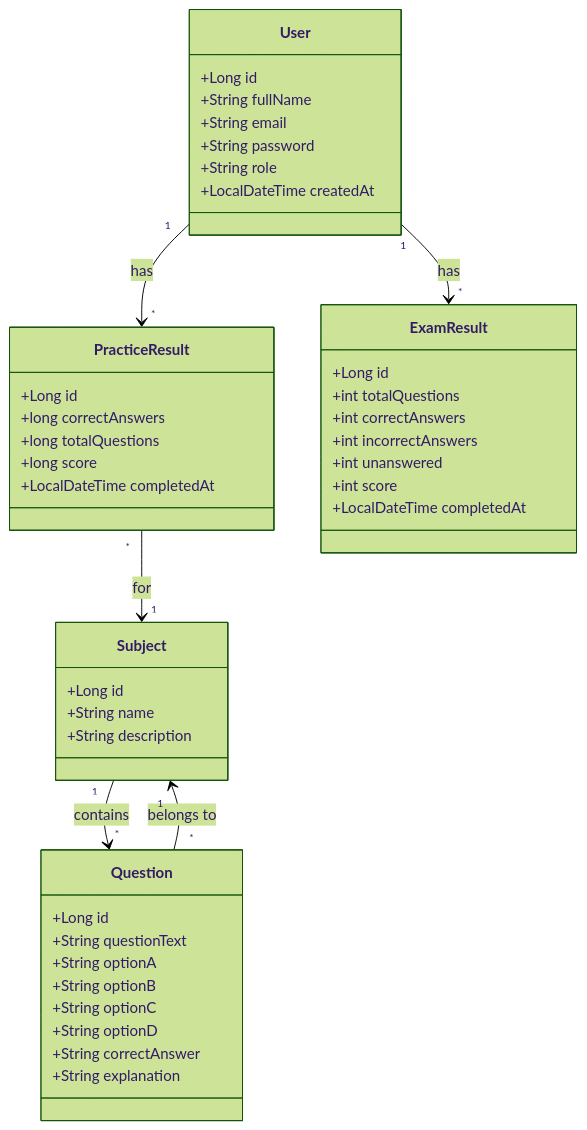
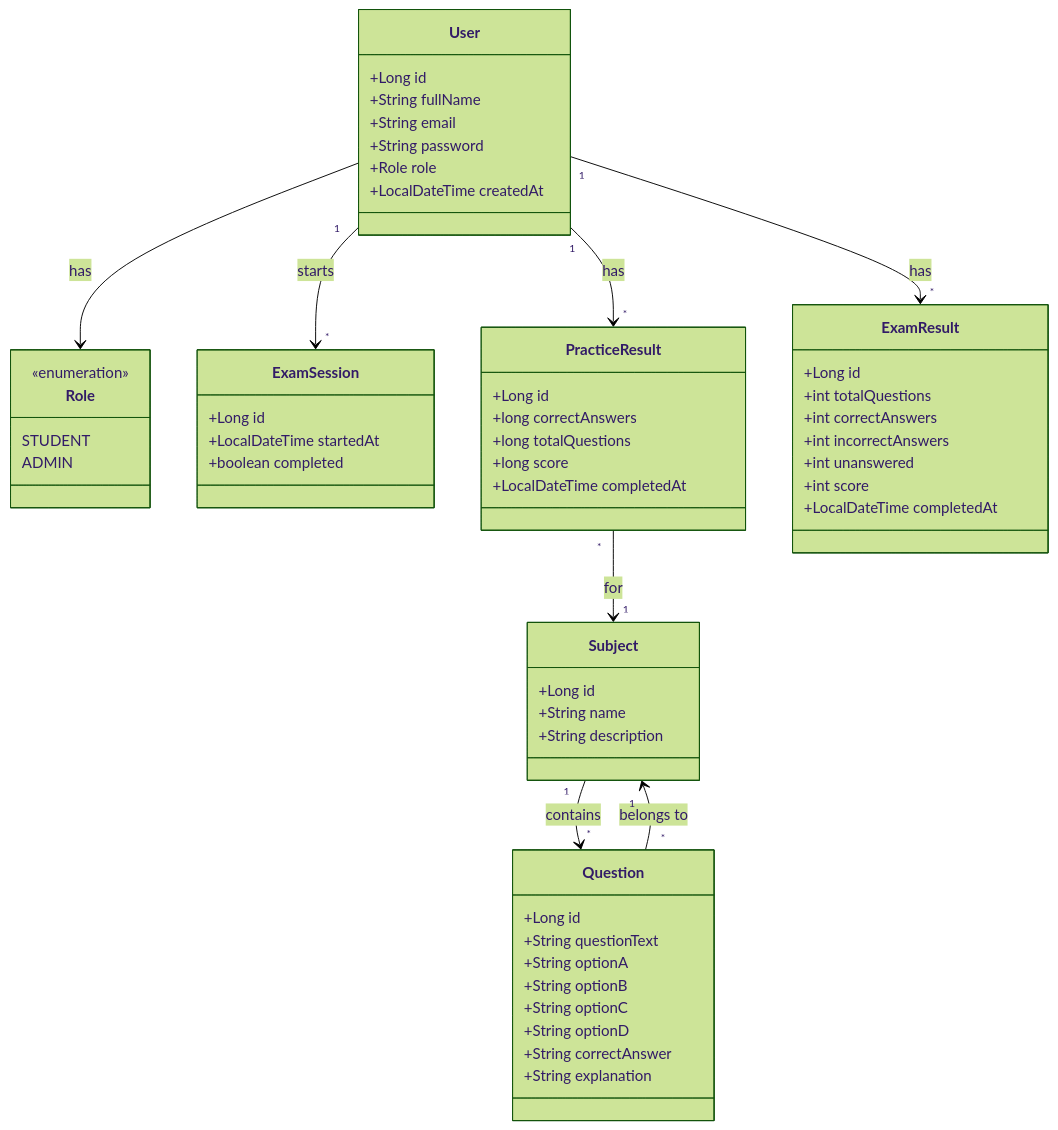
One commit to Hunter-Theory-Examination-Jagarexamen/hunter-exam-trainer changed the diagram in docs/Design/UML-Class-Diagram.md. Above: the diagram before and after it, drawn with Mermaid (forest theme). The commit also changed 3 other files, not shown here.

First line of the commit message:
Update API spec, UML and ER diagram after #29 and #35

````diff
--- a/docs/Design/UML-Class-Diagram.md
+++ b/docs/Design/UML-Class-Diagram.md
@@ -3,53 +3,67 @@
 ```mermaid
 classDiagram
 
 class User {
     +Long id 
     +String fullName 
     +String email 
     +String password 
-    +String role 
+    +Role role 
     +LocalDateTime createdAt
+}
+
+class Role {
+    <<enumeration>>
+    STUDENT
+    ADMIN
+}
+
+class ExamSession {
+    +Long id
+    +LocalDateTime startedAt
+    +boolean completed
 }
 
 class Subject { 
     +Long id 
     +String name 
     +String description 
 }
 
 class Question {
     +Long id
     +String questionText
     +String optionA
     +String optionB
     +String optionC
     +String optionD
     +String correctAnswer
     +String explanation
 }
 
 class PracticeResult { 
     +Long id 
     +long correctAnswers 
     +long totalQuestions 
     +long score 
     +LocalDateTime completedAt 
 } 
 
 class ExamResult { 
     +Long id 
     +int totalQuestions 
     +int correctAnswers 
     +int incorrectAnswers 
     +int unanswered 
     +int score 
     +LocalDateTime completedAt 
 }
 
     User "1" --> "*" PracticeResult : has 
     User "1" --> "*" ExamResult : has 
+    User "1" --> "*" ExamSession : starts 
+    User --> Role : has 
     Subject "1" --> "*" Question : contains 
     PracticeResult "*" --> "1" Subject : for 
     Question "*" --> "1" Subject : belongs to
 ```
````
